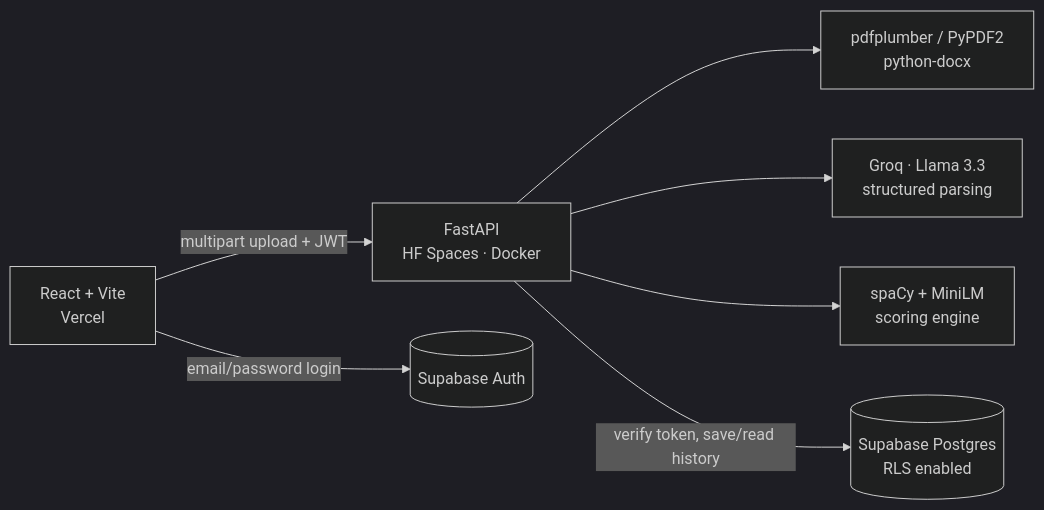
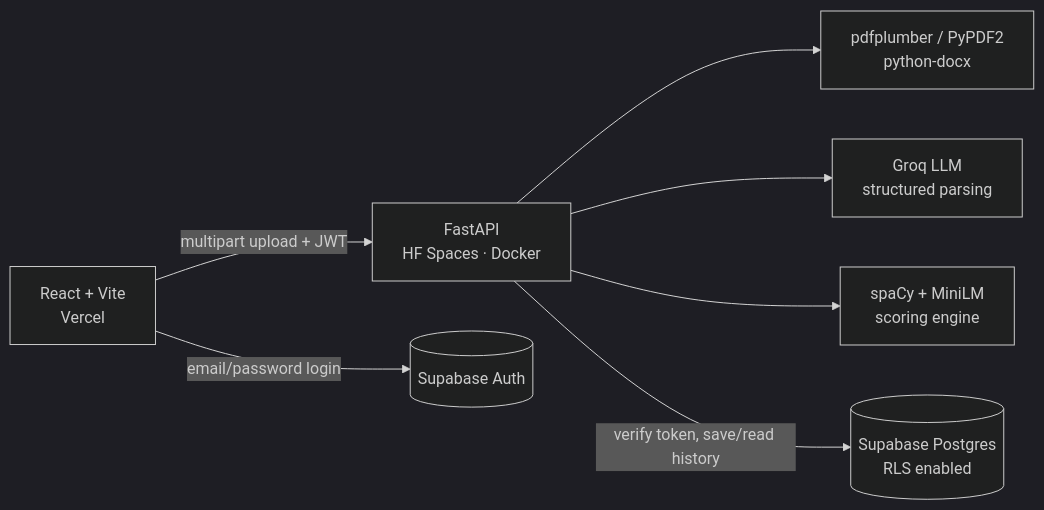
One commit to Adityagupta27102003/ats-resume-analyzer changed the diagram in README.md. Above: the diagram before and after it, drawn with Mermaid (dark theme). The commit also changed other lines of this file and 3 other files, not shown here.

Commit message:
Switch Groq to gpt-oss-120b (llama-3.3 retired), add CI workflow

````diff
--- a/README.md
+++ b/README.md
@@ -37,9 +37,9 @@
 ```mermaid
 flowchart LR
     U[React + Vite<br/>Vercel] -->|multipart upload + JWT| A[FastAPI<br/>HF Spaces · Docker]
     U -->|email/password login| S[(Supabase Auth)]
     A --> P[pdfplumber / PyPDF2<br/>python-docx]
-    A --> G[Groq · Llama 3.3<br/>structured parsing]
+    A --> G[Groq LLM<br/>structured parsing]
     A --> M[spaCy + MiniLM<br/>scoring engine]
     A -->|verify token, save/read history| DB[(Supabase Postgres<br/>RLS enabled)]
 ```
````
